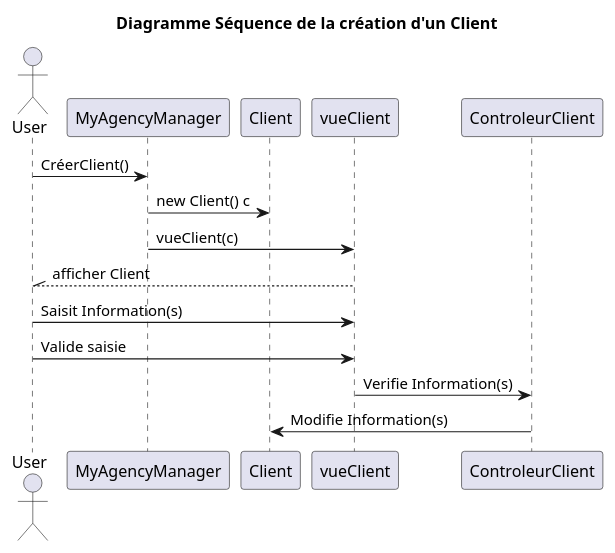
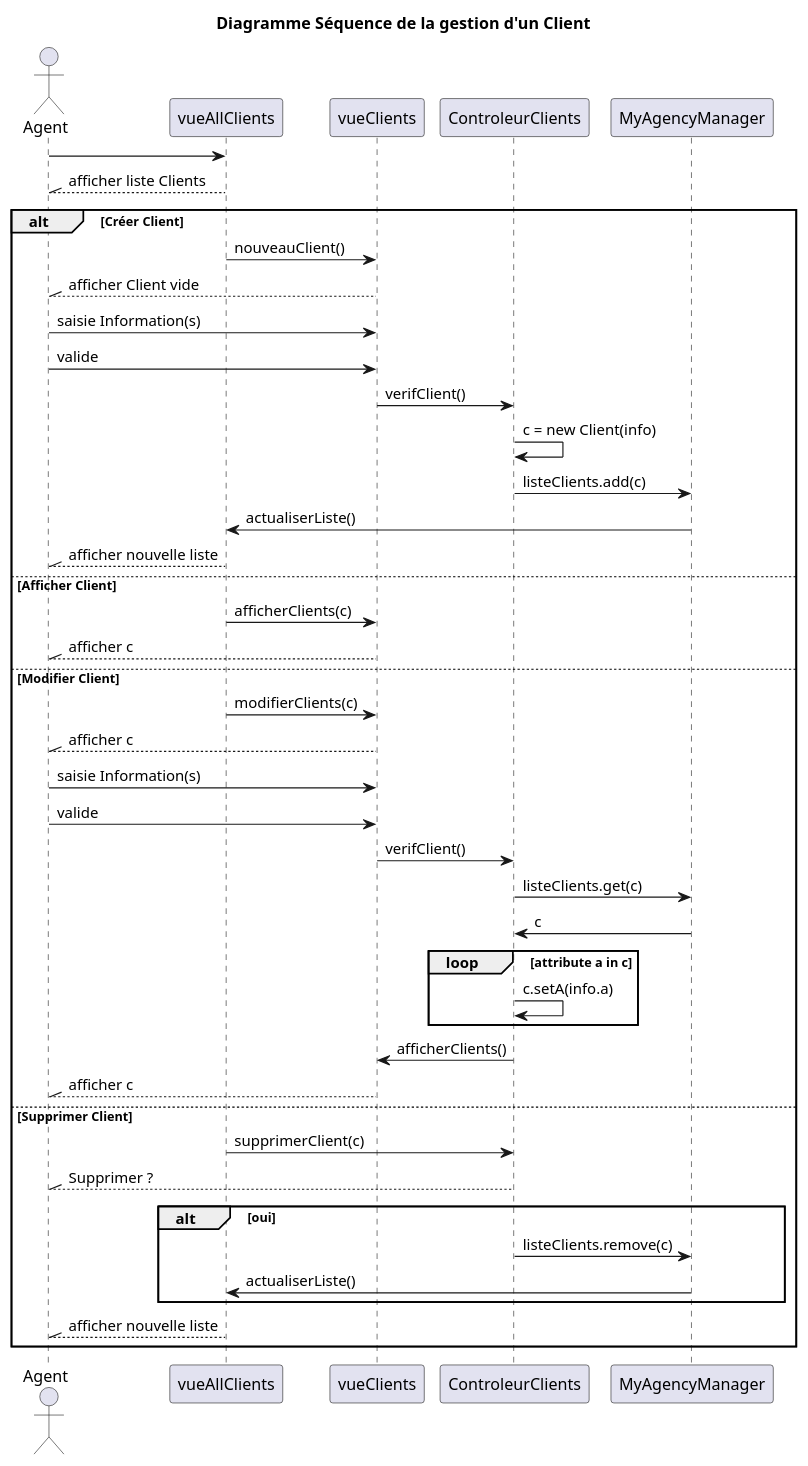
The diagram in DossierConception/SeqGererClient.pu (Arnaud-Sibade-Tlse/ProjetUML_Miashs), drawn with PlantUML before and after one commit. The commit also changed 3 other files, not shown here.

Commit message:
SEQUENCE : Gestion Modele

```diff
--- a/DossierConception/SeqGererClient.pu
+++ b/DossierConception/SeqGererClient.pu
@@ -1,19 +1,64 @@
 @startuml
 
-title Diagramme Séquence de la création d'un Client
+title Diagramme Séquence de la gestion d'un Client
 
-actor User as U
-U -> MyAgencyManager :CréerClient()
+actor Agent as A
 
-MyAgencyManager -> Client :new Client() c
 
-MyAgencyManager -> vueClient : vueClient(c)
+A -> vueAllClients 
+A //-- vueAllClients :afficher liste Clients
 
-U //-- vueClient :afficher Client
+alt Créer Client
+vueAllClients -> vueClients :nouveauClient()
 
-U -> vueClient :Saisit Information(s)
-U -> vueClient :Valide saisie
 
-vueClient -> ControleurClient :Verifie Information(s)
-ControleurClient -> Client :Modifie Information(s)
+A //-- vueClients :afficher Client vide
+
+A -> vueClients : saisie Information(s)
+A -> vueClients : valide
+
+vueClients -> ControleurClients : verifClient()
+
+ControleurClients -> ControleurClients : c = new Client(info)
+ControleurClients -> MyAgencyManager : listeClients.add(c)
+
+MyAgencyManager -> vueAllClients : actualiserListe()
+
+A //-- vueAllClients : afficher nouvelle liste
+
+
+else Afficher Client
+vueAllClients -> vueClients : afficherClients(c)
+A //-- vueClients :afficher c
+
+else Modifier Client
+
+vueAllClients -> vueClients : modifierClients(c)
+A //-- vueClients :afficher c
+
+A -> vueClients : saisie Information(s)
+A -> vueClients : valide
+
+vueClients -> ControleurClients : verifClient()
+
+ControleurClients -> MyAgencyManager : listeClients.get(c)
+MyAgencyManager -> ControleurClients : c
+
+loop attribute a in c
+ControleurClients -> ControleurClients :c.setA(info.a)
+end
+
+ControleurClients -> vueClients : afficherClients()
+A //-- vueClients :afficher c
+
+else Supprimer Client
+vueAllClients -> ControleurClients : supprimerClient(c)
+A //-- ControleurClients : Supprimer ?
+alt oui
+ControleurClients -> MyAgencyManager : listeClients.remove(c)
+MyAgencyManager -> vueAllClients : actualiserListe()
+
+end
+A //-- vueAllClients : afficher nouvelle liste
+end
 @enduml
```
